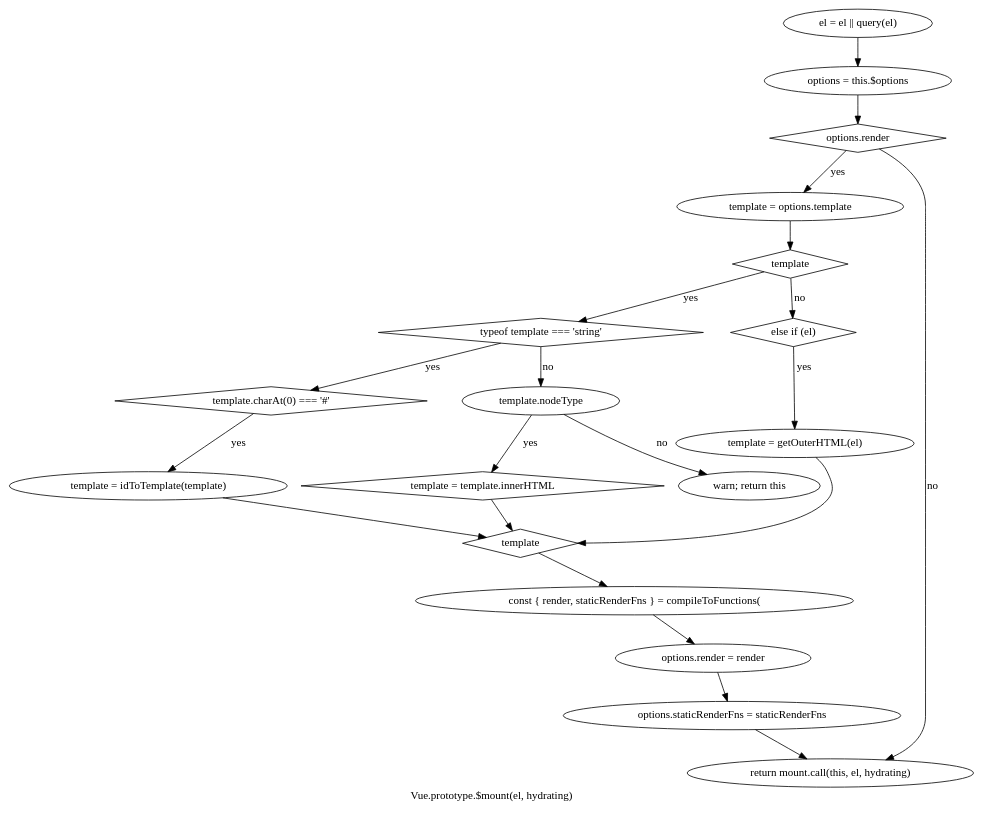
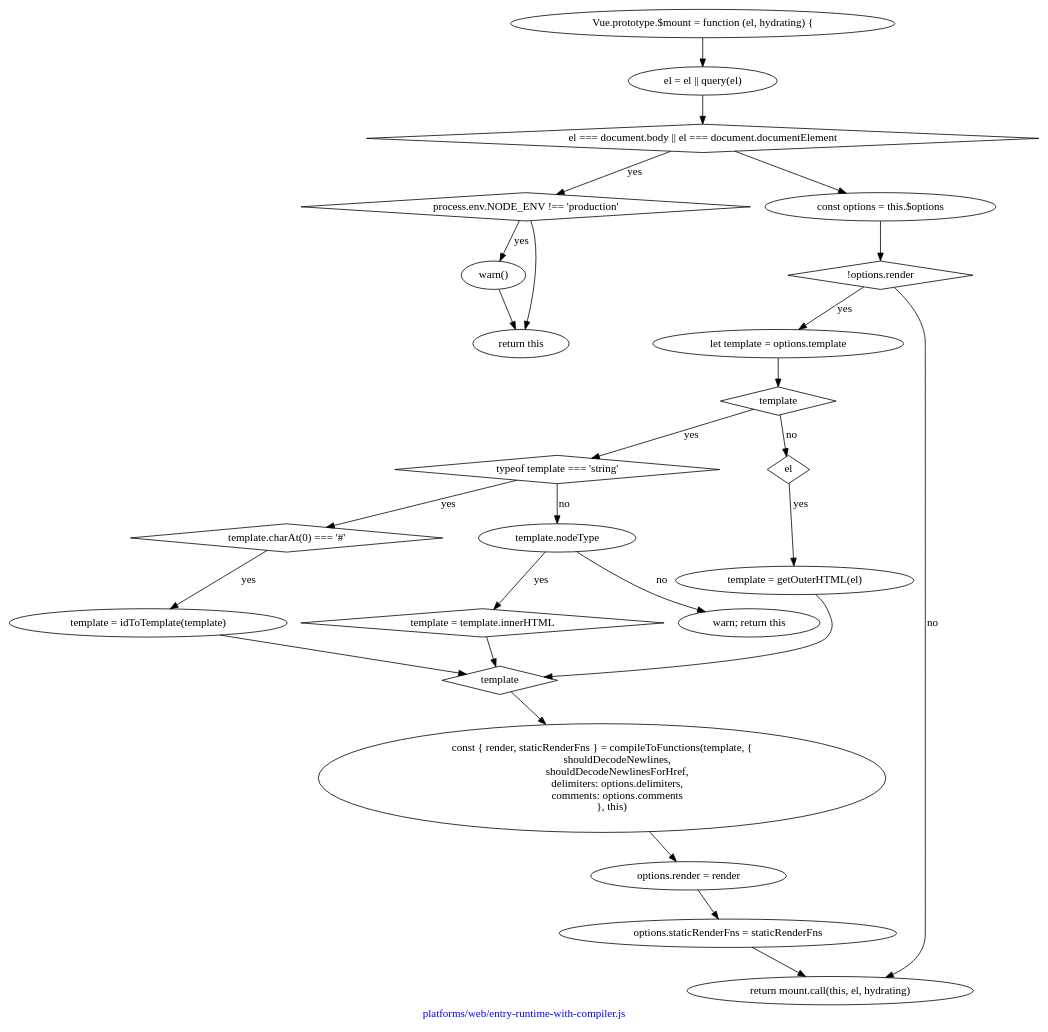
One commit to ltaoo/vueSourceAnalysis changed the diagram in mount.gv. Above: the diagram before and after it, drawn with Graphviz. The commit also changed 8 other files, not shown here.

```diff
--- a/mount.gv
+++ b/mount.gv
@@ -1,102 +1,128 @@
 digraph G {
-    label="Vue.prototype.$mount(el, hydrating)"
+    graph [
+        label="platforms/web/entry-runtime-with-compiler.js"
+        fontcolor=blue
+    ]
+
+    start [
+        label="Vue.prototype.$mount = function (el, hydrating) {"
+    ]
 
     resetEl [
         label="el = el || query(el)"
     ]
-
-    getOptions [
-        label="options = this.$options"
-    ]
-
-    resetEl -> getOptions
-
-    renderExist [
-        label="options.render"
+    start -> resetEl
+    isBody [
+        label="el === document.body || el === document.documentElement"
         shape=diamond
     ]
-
-    getOptions -> renderExist
-
-    getTemplate [
-        label="template = options.template"
+    resetEl -> isBody
+    notProduction [
+        label="process.env.NODE_ENV !== 'production'"
+        shape=diamond
     ]
-    renderExist -> getTemplate [label="yes"]
-
+    isBody -> notProduction [label="yes"]
+    warn0 [
+        label="warn()"
+    ]
+    notProduction -> warn0 [label="yes"]
+    returnThis [
+        label="return this"
+    ]
+    notProduction -> returnThis
+    warn0 -> returnThis
+    varOptions [
+        label="const options = this.$options"
+    ]
+    isBody -> varOptions
+    renderExist [
+        label="!options.render"
+        shape=diamond
+    ]
+    varOptions -> renderExist
+    varTemplate [
+        label="let template = options.template"
+    ]
+    renderExist -> varTemplate [label="yes"]
     templateExist [
         label="template"
         shape=diamond
     ]
-    getTemplate -> templateExist
+    varTemplate -> templateExist
     templateIsString [
         label="typeof template === 'string'"
         shape=diamond
     ]
     templateExist -> templateIsString [label="yes"]
     templateStartIsByChar [
         label="template.charAt(0) === '#'"
         shape=diamond
     ]
     templateIsString -> templateStartIsByChar [label="yes"]
     resetTemp [
         label="template = idToTemplate(template)"
     ]
     templateStartIsByChar -> resetTemp [label="yes"]
 
     tempIsNode [
         label="template.nodeType"
     ]
     resetTempIsInner [
         label="template = template.innerHTML"
         shape=diamond
     ]
     templateIsString -> tempIsNode [label="no"]
     tempIsNode -> resetTempIsInner [label="yes"]
 
     warn [
         label="warn; return this"
     ]
     tempIsNode -> warn [label="no"]
 
     elExist [
-        label="else if (el)"
+        label="el"
         shape=diamond
     ]
     resetTempIsOut [
         label="template = getOuterHTML(el)"
     ]
     templateExist -> elExist [label="no"]
     elExist -> resetTempIsOut [label="yes"]
 
     templateExist1 [
         label="template"
         shape=diamond
     ]
 
     resetTemp -> templateExist1
     resetTempIsInner -> templateExist1
     resetTempIsOut -> templateExist1
 
     getRenderAndFunc [
-        label="const { render, staticRenderFns } = compileToFunctions("
+        label="const { render, staticRenderFns } = compileToFunctions(template, {
+            shouldDecodeNewlines,
+            shouldDecodeNewlinesForHref,
+            delimiters: options.delimiters,
+            comments: options.comments
+        }, this)"
     ]
 
     templateExist1 -> getRenderAndFunc
 
     setRender [
         label="options.render = render"
     ]
     setStaticRenderFns [
         label="options.staticRenderFns = staticRenderFns"
     ]
 
     getRenderAndFunc -> setRender
     setRender -> setStaticRenderFns
 
     renderExist -> returnValue [label="no"]
 
     returnValue [
         label="return mount.call(this, el, hydrating)"
     ]
     setStaticRenderFns -> returnValue
 }
```
